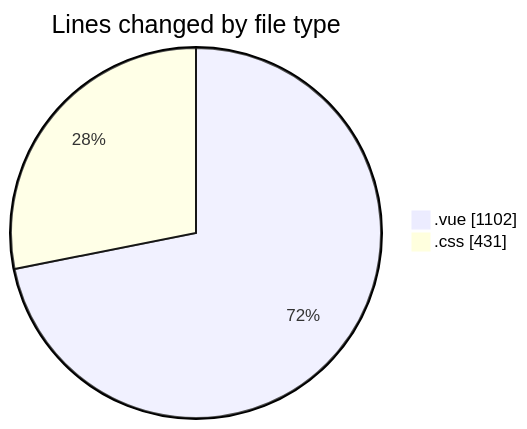
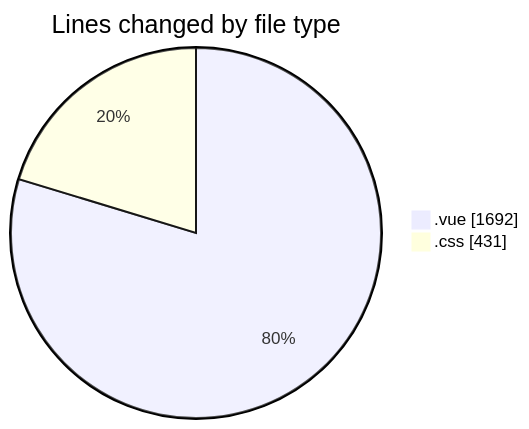
The first of 2 diagrams in 2025-08-10/rentotp/README.md (lephambinh05/code-tracking), drawn with Mermaid before and after one commit. The commit also changed other lines of this file and 1 other file, not shown here.

````diff
--- a/2025-08-10/rentotp/README.md
+++ b/2025-08-10/rentotp/README.md
@@ -23,6 +24,6 @@
 ```mermaid
 pie showData
 title Lines changed by file type
-".vue" : 1102
+".vue" : 1692
 ".css" : 431
 ```
````
